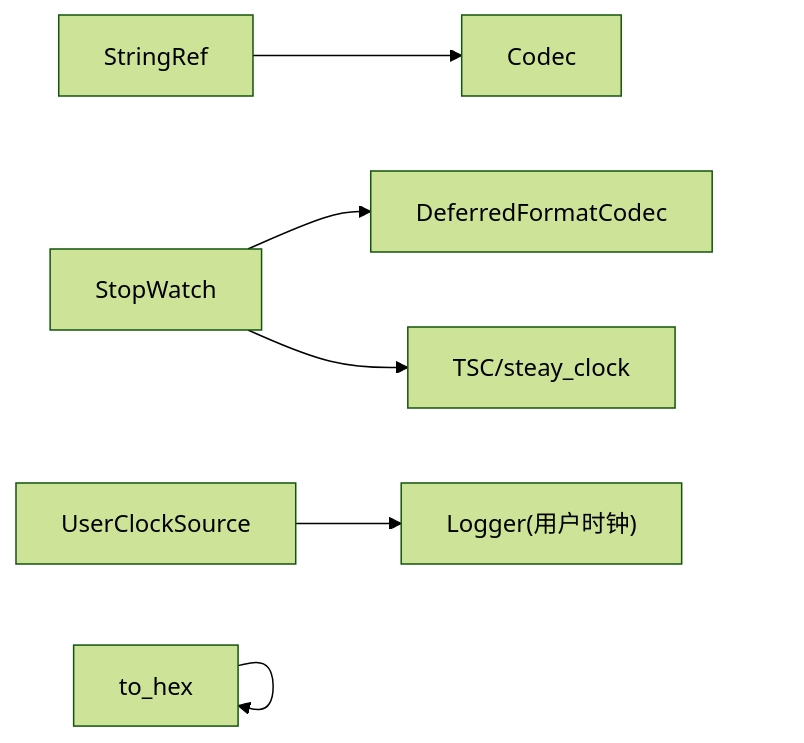
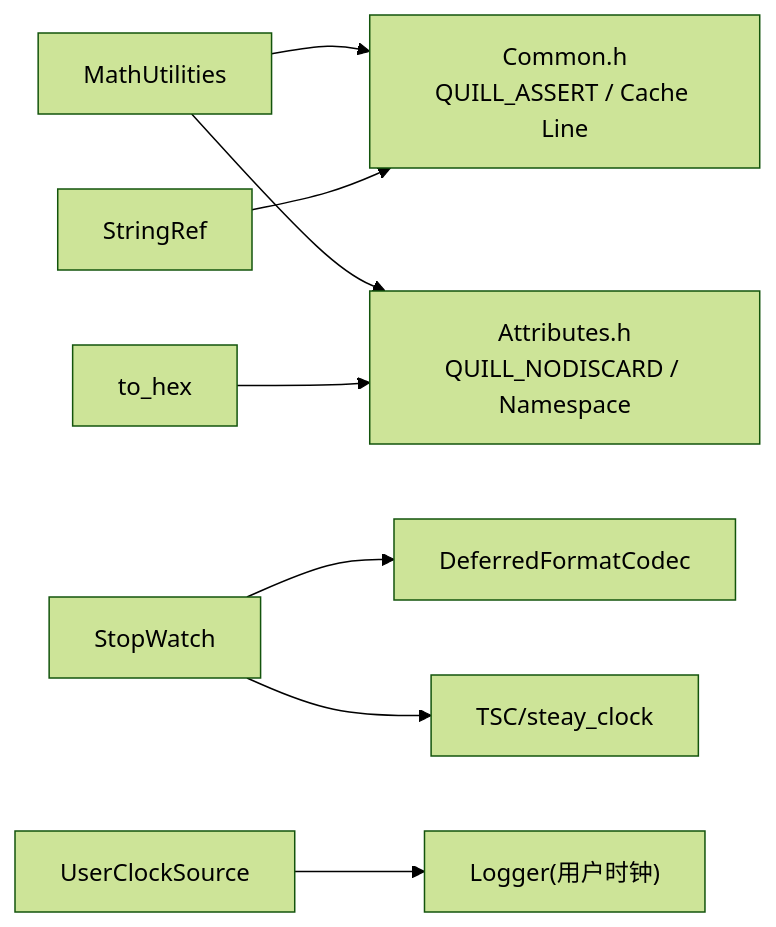
Before and after one commit to xuetianhao98/quill: the eighth of 8 diagrams in .qoder/repowiki/zh/content/API参考手册/工具类API.md, drawn with Mermaid (forest theme). The commit also changed other lines of this file and 101 other files, not shown here.

````diff
--- a/.qoder/repowiki/zh/content/API参考手册/工具类API.md
+++ b/.qoder/repowiki/zh/content/API参考手册/工具类API.md
@@ -267,8 +330,10 @@
 ```mermaid
 graph LR
-SR["StringRef"] --> C["Codec"]
+MU["MathUtilities"] --> C["Common.h<br/>QUILL_ASSERT / Cache Line"]
+MU --> A["Attributes.h<br/>QUILL_NODISCARD / Namespace"]
+SR["StringRef"] --> C
 SW["StopWatch"] --> DFC["DeferredFormatCodec"]
 SW --> CLK["TSC/steay_clock"]
-U["to_hex"] --> U
+U["to_hex"] --> A
 UCS["UserClockSource"] --> LOG["Logger(用户时钟)"]
 ```
````
